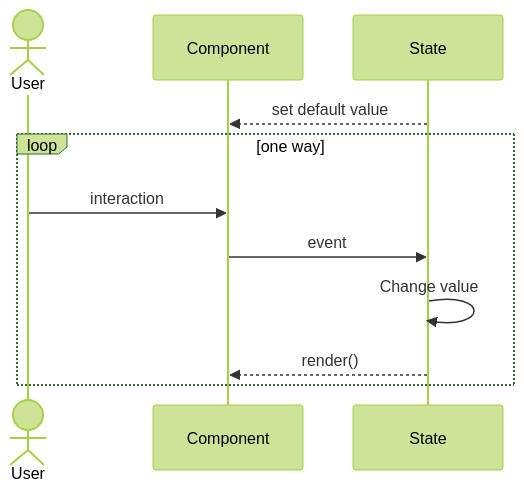
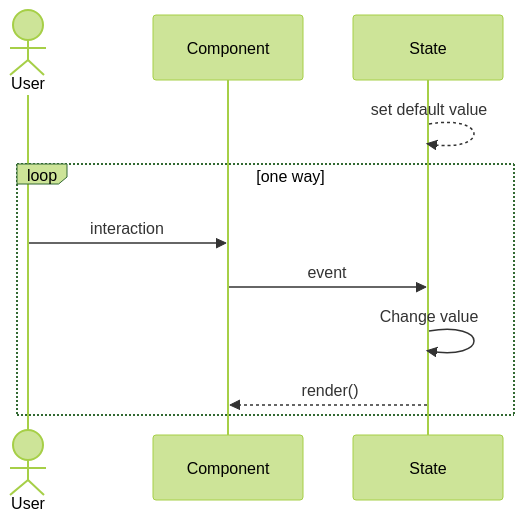
Before and after one commit to fedorax/Developers-Note: the first of 2 diagrams in react/State.md, drawn with Mermaid (forest theme). The commit also changed other lines of this file, not shown here.

````diff
--- a/react/State.md
+++ b/react/State.md
@@ -1,13 +1,13 @@
 ```mermaid
 sequenceDiagram
     Actor User
     participant Component
     participant State
-    State-->>Component: set default value
+    State-->>State: set default value
     loop one way
     User->>Component: interaction
     Component->>State: event
     State->>State: Change value
     State-->>Component: render();
     end
 ```
````
